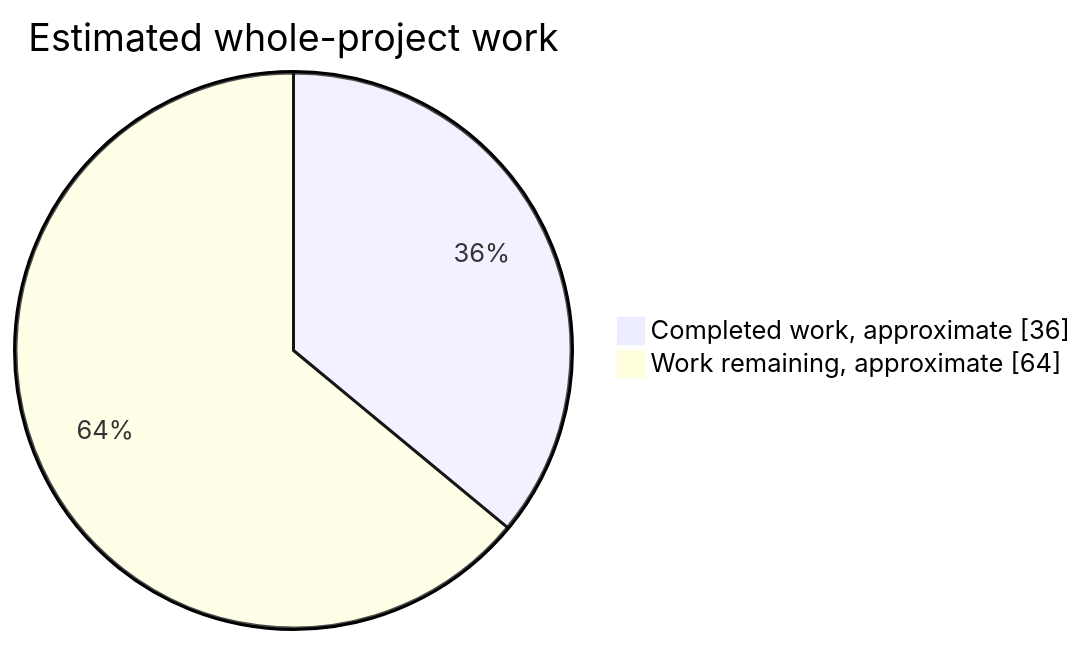
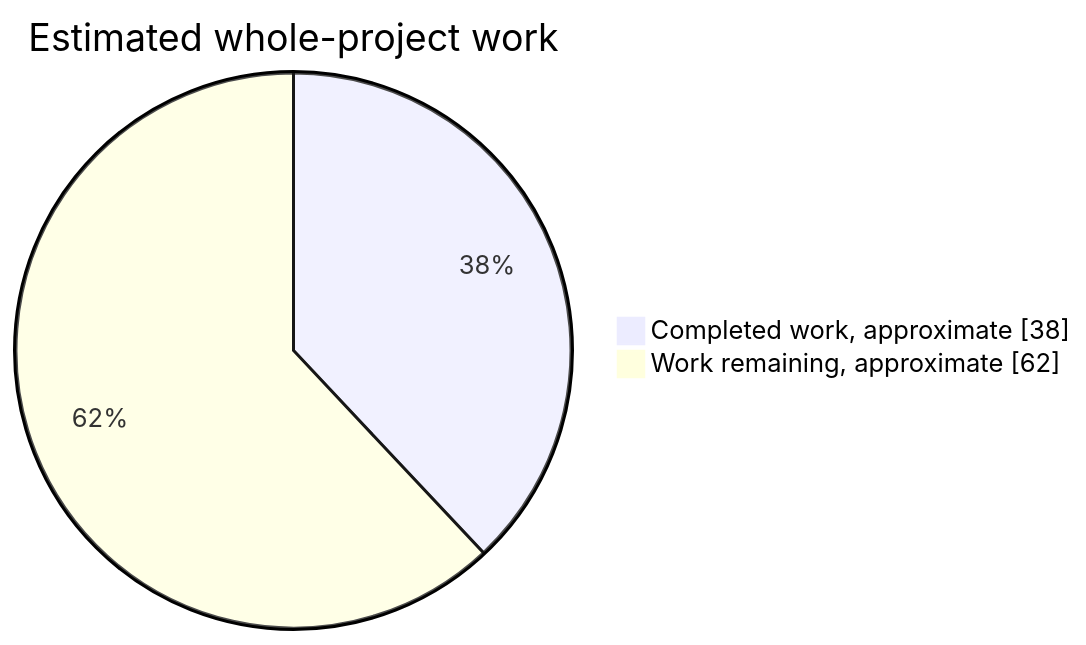
Before and after one commit to NachtRaveVL/stuntracefx: the first of 2 diagrams in readme.md, drawn with Mermaid. The commit also changed other lines of this file and 11 other files, not shown here.

````diff
--- a/readme.md
+++ b/readme.md
@@ -56,6 +56,6 @@
 ```mermaid
 pie showData
     title Estimated whole-project work
-    "Completed work, approximate" : 36
-    "Work remaining, approximate" : 64
+    "Completed work, approximate" : 38
+    "Work remaining, approximate" : 62
 ```
````
